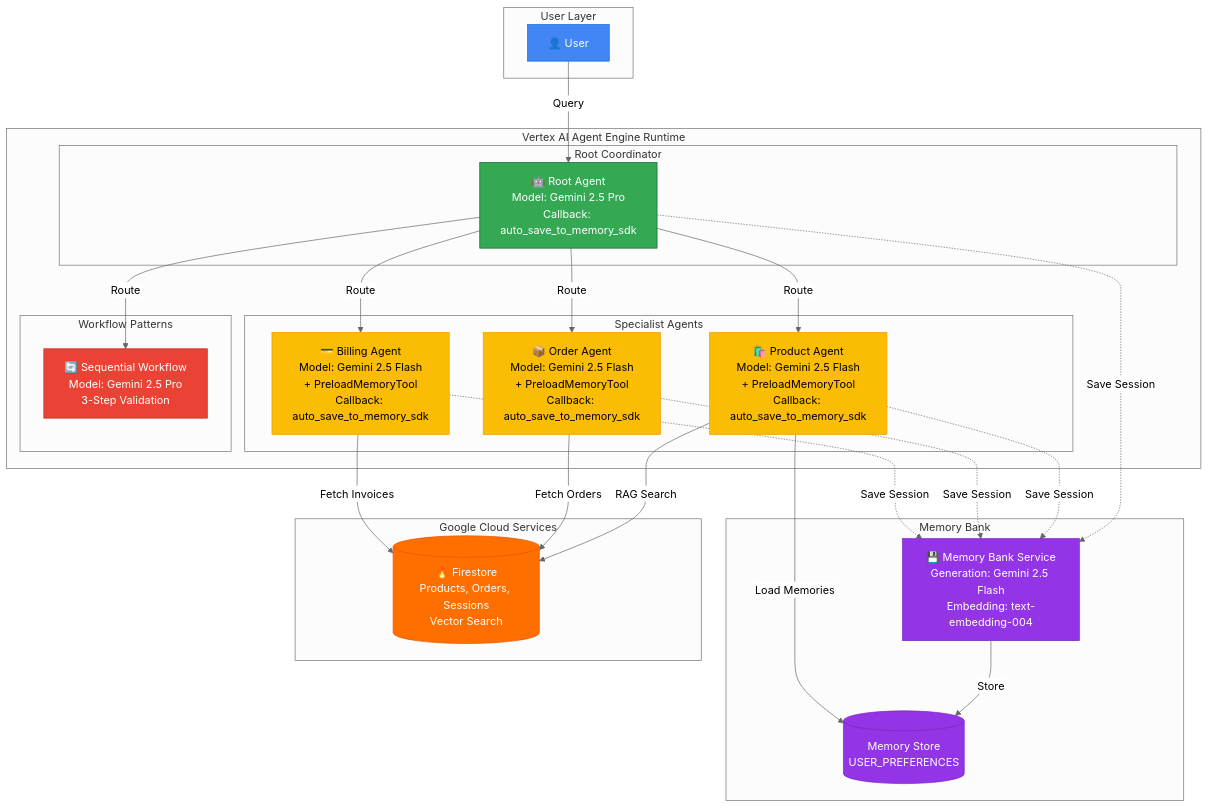
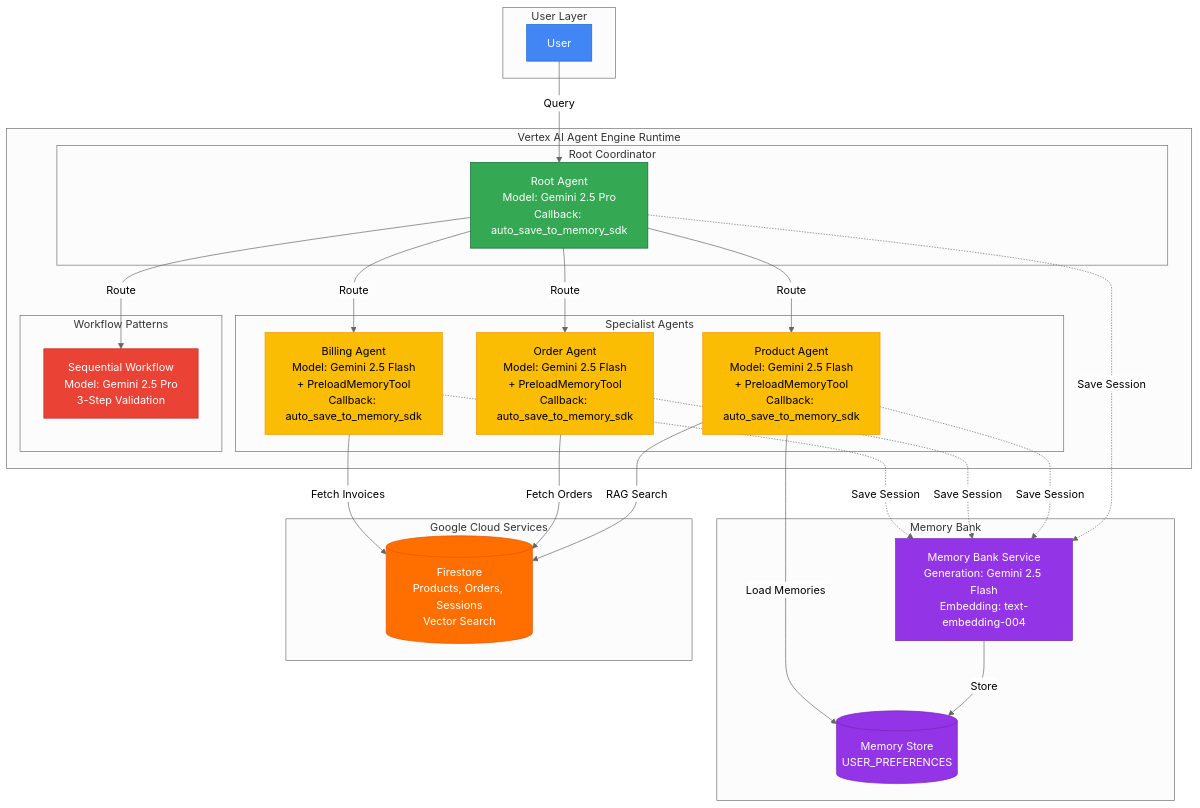
The first of 6 diagrams in docs/ARCHITECTURE.md (Saoussen-CH/customer-support-mas-ai), drawn with Mermaid (neutral theme) before and after one commit. The commit also changed other lines of this file and 19 other files, not shown here.

````diff
--- a/docs/ARCHITECTURE.md
+++ b/docs/ARCHITECTURE.md
@@ -19,59 +19,59 @@
 ```mermaid
 graph TB
     subgraph "User Layer"
-        User[👤 User]
+        User[User]
     end
 
     subgraph "Vertex AI Agent Engine Runtime"
         subgraph "Root Coordinator"
-            RootAgent[🤖 Root Agent<br/>Model: Gemini 2.5 Pro<br/>Callback: auto_save_to_memory_sdk]
+            RootAgent[Root Agent<br/>Model: Gemini 2.5 Pro<br/>Callback: auto_save_to_memory_sdk]
         end
 
         subgraph "Specialist Agents"
-            ProductAgent[🛍️ Product Agent<br/>Model: Gemini 2.5 Flash<br/>+ PreloadMemoryTool<br/>Callback: auto_save_to_memory_sdk]
-            OrderAgent[📦 Order Agent<br/>Model: Gemini 2.5 Flash<br/>+ PreloadMemoryTool<br/>Callback: auto_save_to_memory_sdk]
-            BillingAgent[💳 Billing Agent<br/>Model: Gemini 2.5 Flash<br/>+ PreloadMemoryTool<br/>Callback: auto_save_to_memory_sdk]
+            ProductAgent[Product Agent<br/>Model: Gemini 2.5 Flash<br/>+ PreloadMemoryTool<br/>Callback: auto_save_to_memory_sdk]
+            OrderAgent[Order Agent<br/>Model: Gemini 2.5 Flash<br/>+ PreloadMemoryTool<br/>Callback: auto_save_to_memory_sdk]
+            BillingAgent[Billing Agent<br/>Model: Gemini 2.5 Flash<br/>+ PreloadMemoryTool<br/>Callback: auto_save_to_memory_sdk]
         end
 
         subgraph "Workflow Patterns"
-            RefundWorkflow[🔄 Sequential Workflow<br/>Model: Gemini 2.5 Pro<br/>3-Step Validation]
+            RefundWorkflow[Sequential Workflow<br/>Model: Gemini 2.5 Pro<br/>3-Step Validation]
         end
     end
 
     subgraph "Memory Bank"
-        MemoryService[💾 Memory Bank Service<br/>Generation: Gemini 2.5 Flash<br/>Embedding: text-embedding-004]
+        MemoryService[Memory Bank Service<br/>Generation: Gemini 2.5 Flash<br/>Embedding: text-embedding-004]
         MemoryStore[(Memory Store<br/>USER_PREFERENCES)]
     end
 
     subgraph "Google Cloud Services"
-        Firestore[(🔥 Firestore<br/>Products, Orders, Sessions<br/>Vector Search)]
+        Firestore[(Firestore<br/>Products, Orders, Sessions<br/>Vector Search)]
     end
 
     User -->|Query| RootAgent
     RootAgent -->|Route| ProductAgent
     RootAgent -->|Route| OrderAgent
     RootAgent -->|Route| BillingAgent
     RootAgent -->|Route| RefundWorkflow
 
     ProductAgent -->|RAG Search| Firestore
     OrderAgent -->|Fetch Orders| Firestore
     BillingAgent -->|Fetch Invoices| Firestore
 
     RootAgent -.->|Save Session| MemoryService
     ProductAgent -.->|Save Session| MemoryService
     OrderAgent -.->|Save Session| MemoryService
     BillingAgent -.->|Save Session| MemoryService
 
     MemoryService -->|Store| MemoryStore
     ProductAgent -->|Load Memories| MemoryStore
 
     style User fill:#4285F4,stroke:#1967D2,color:#fff
     style RootAgent fill:#34A853,stroke:#0D652D,color:#fff
     style ProductAgent fill:#FBBC04,stroke:#F29900,color:#000
     style OrderAgent fill:#FBBC04,stroke:#F29900,color:#000
     style BillingAgent fill:#FBBC04,stroke:#F29900,color:#000
     style RefundWorkflow fill:#EA4335,stroke:#C5221F,color:#fff
     style MemoryService fill:#9334E6,stroke:#7627BB,color:#fff
     style MemoryStore fill:#9334E6,stroke:#7627BB,color:#fff
     style Firestore fill:#FF6F00,stroke:#E65100,color:#fff
 ```
````
